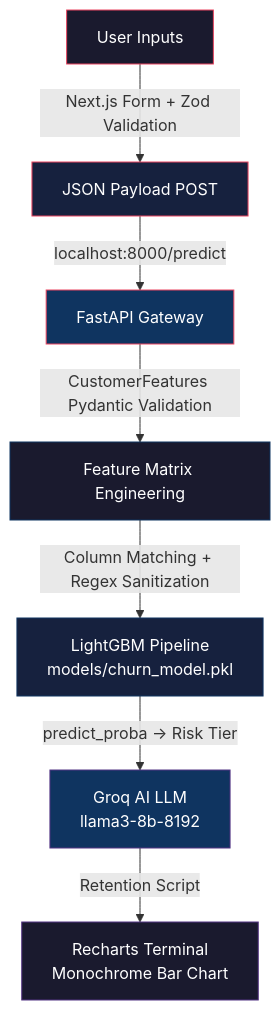
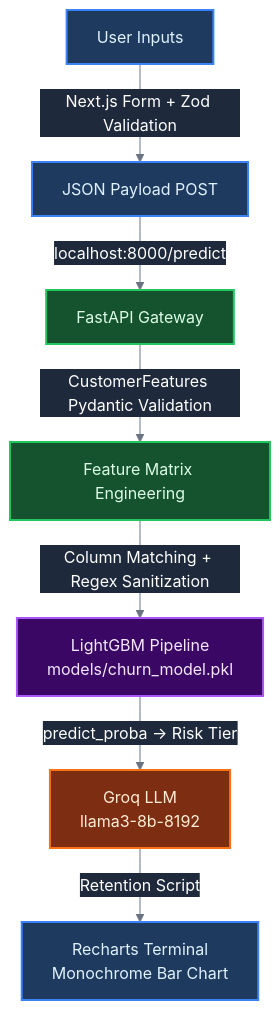
Before and after one commit to bsteja33/Customer-Churn-Prediction-API-and-Dashboard: the diagram in README.md, drawn with Mermaid. The commit also changed other lines of this file and 31 other files, not shown here.

Commit message:
test: implement groq api mocks and coverage gating

````diff
--- a/README.md
+++ b/README.md
@@ -7,16 +15,22 @@
 ```mermaid
+%%{init: {'theme': 'base', 'themeVariables': {
+  'primaryColor': '#2563eb',
+  'primaryTextColor': '#fff',
+  'primaryBorderColor': '#3b82f6',
+  'lineColor': '#6b7280',
+  'secondaryColor': '#1e293b',
+  'tertiaryColor': '#0f172a'
+}}}%%
 graph TD
-    A["User Inputs"] -->|"Next.js Form + Zod Validation"| B["JSON Payload POST"]
-    B -->|"localhost:8000/predict"| C["FastAPI Gateway"]
-    C -->|"CustomerFeatures Pydantic Validation"| D["Feature Matrix Engineering"]
-    D -->|"Column Matching + Regex Sanitization"| E["LightGBM Pipeline<br/>models/churn_model.pkl"]
-    E -->|"predict_proba → Risk Tier"| F["Groq AI LLM<br/>llama3-8b-8192"]
-    F -->|"Retention Script"| G["Recharts Terminal<br/>Monochrome Bar Chart"]
-    style A fill:#1a1a2e,stroke:#e94560,color:#fff
-    style B fill:#16213e,stroke:#e94560,color:#fff
-    style C fill:#0f3460,stroke:#e94560,color:#fff
-    style D fill:#1a1a2e,stroke:#0f3460,color:#fff
-    style E fill:#16213e,stroke:#0f3460,color:#fff
-    style F fill:#0f3460,stroke:#533483,color:#fff
-    style G fill:#1a1a2e,stroke:#533483,color:#fff
+    A["User Inputs"]:::frontend -->|"Next.js Form + Zod Validation"| B["JSON Payload POST"]:::frontend
+    B -->|"localhost:8000/predict"| C["FastAPI Gateway"]:::backend
+    C -->|"CustomerFeatures Pydantic Validation"| D["Feature Matrix Engineering"]:::backend
+    D -->|"Column Matching + Regex Sanitization"| E["LightGBM Pipeline<br/>models/churn_model.pkl"]:::ml
+    E -->|"predict_proba → Risk Tier"| F["Groq LLM<br/>llama3-8b-8192"]:::ai
+    F -->|"Retention Script"| G["Recharts Terminal<br/>Monochrome Bar Chart"]:::frontend
+
+    classDef frontend fill:#1e3a5f,stroke:#3b82f6,stroke-width:2px,color:#e0f2fe
+    classDef backend fill:#14532d,stroke:#22c55e,stroke-width:2px,color:#dcfce7
+    classDef ml fill:#3b0764,stroke:#a855f7,stroke-width:2px,color:#f3e8ff
+    classDef ai fill:#7c2d12,stroke:#f97316,stroke-width:2px,color:#ffedd5
 ```
````
